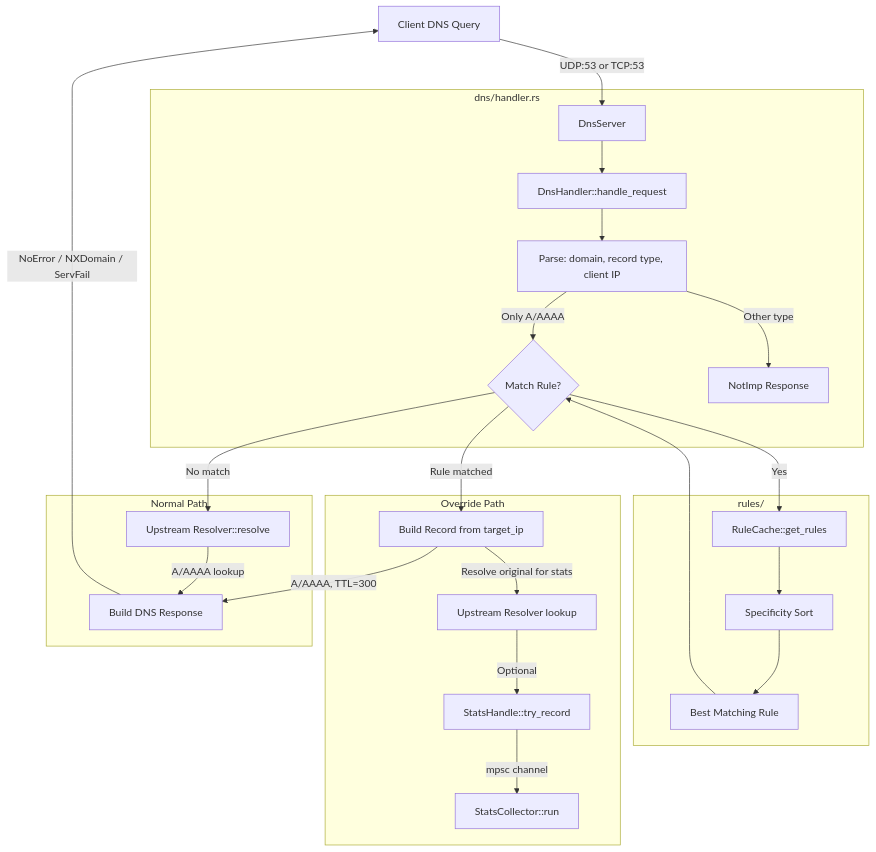
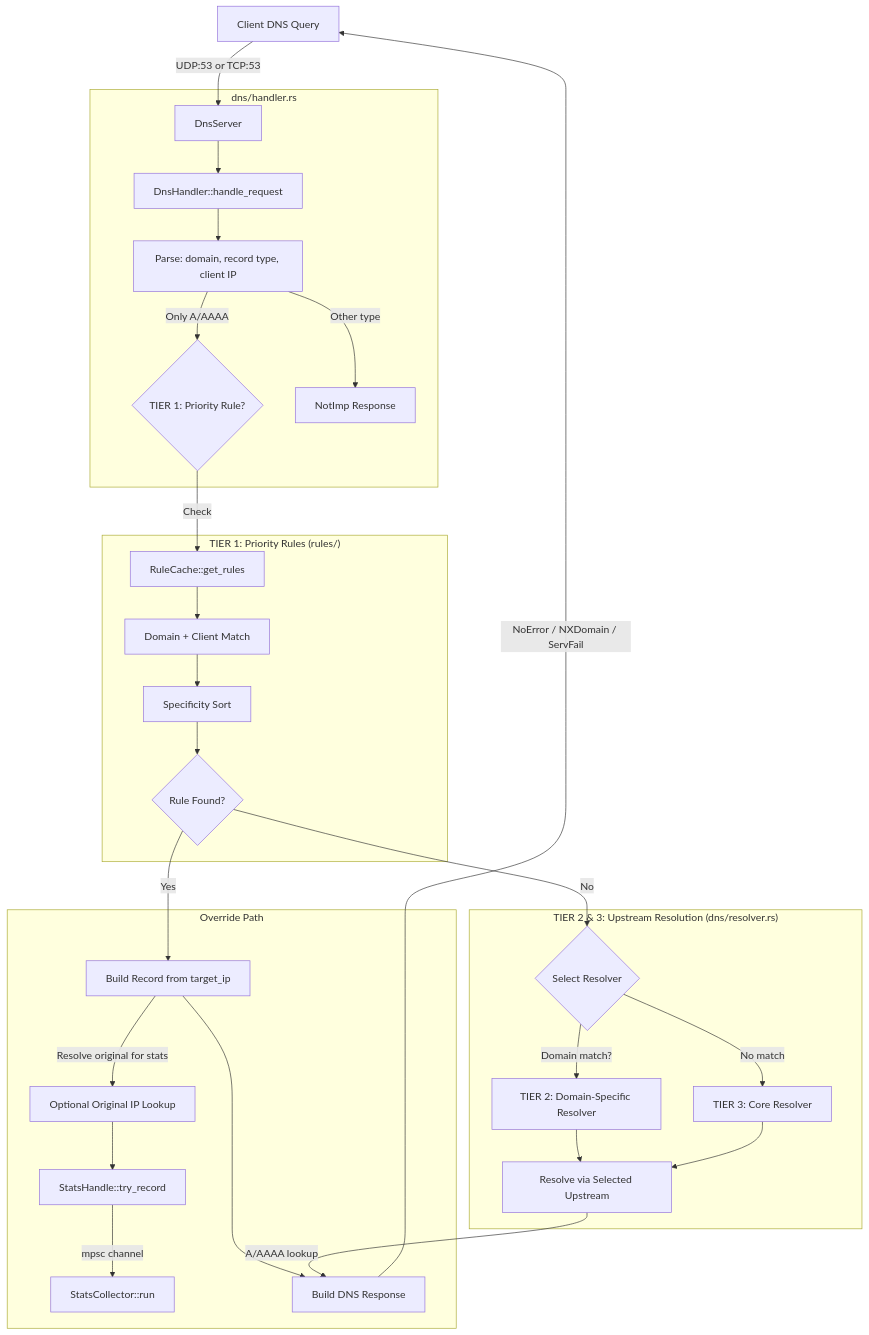
The first of 3 diagrams in backend/README.md (mcaimi/goblin-dns), drawn with Mermaid before and after one commit. The commit also changed other lines of this file and 6 other files, not shown here.

Commit message:
Implement 3-tier resolution flow

````diff
--- a/backend/README.md
+++ b/backend/README.md
@@ -326,33 +381,37 @@
 ```mermaid
 graph TB
     C[Client DNS Query] -->|"UDP:53 or TCP:53"| S[DnsServer]
 
     subgraph "dns/handler.rs"
         S --> H[DnsHandler::handle_request]
         H --> Parse[Parse: domain, record type, client IP]
-        Parse -->|"Only A/AAAA"| MatchRule{Match Rule?}
+        Parse -->|"Only A/AAAA"| Tier1{TIER 1: Priority Rule?}
         Parse -->|"Other type"| NotImp[NotImp Response]
     end
 
-    subgraph "rules/"
-        MatchRule -->|"Yes"| Fetch[RuleCache::get_rules]
-        Fetch --> Sort[Specificity Sort]
-        Sort --> Best[Best Matching Rule]
-        Best --> MatchRule
+    subgraph "TIER 1: Priority Rules (rules/)"
+        Tier1 -->|"Check"| Fetch[RuleCache::get_rules]
+        Fetch --> Match[Domain + Client Match]
+        Match --> Sort[Specificity Sort]
+        Sort --> Best{Rule Found?}
     end
 
     subgraph "Override Path"
-        MatchRule -->|"Rule matched"| Build[Build Record from target_ip]
-        Build -->|"Resolve original for stats"| UR[Upstream Resolver lookup]
-        UR -->|"Optional"| Stats[StatsHandle::try_record]
+        Best -->|"Yes"| Build[Build Record from target_ip]
+        Build -->|"Resolve original for stats"| OrigLookup[Optional Original IP Lookup]
+        OrigLookup --> Stats[StatsHandle::try_record]
         Stats -->|"mpsc channel"| SC[StatsCollector::run]
+        Build --> Response[Build DNS Response]
     end
 
-    subgraph "Normal Path"
-        MatchRule -->|"No match"| Default[Upstream Resolver::resolve]
-        Default -->|"A/AAAA lookup"| Resp[Build A/AAAA Record]
+    subgraph "TIER 2 & 3: Upstream Resolution (dns/resolver.rs)"
+        Best -->|"No"| SelectResolver{Select Resolver}
+        SelectResolver -->|"Domain match?"| Tier2[TIER 2: Domain-Specific Resolver]
+        SelectResolver -->|"No match"| Tier3[TIER 3: Core Resolver]
+        Tier2 --> ResolveUpstream[Resolve via Selected Upstream]
+        Tier3 --> ResolveUpstream
+        ResolveUpstream -->|"A/AAAA lookup"| Response
     end
 
-    Build -->|"A/AAAA, TTL=300"| Resp[Build DNS Response]
-    Resp -->|"NoError / NXDomain / ServFail"| C
+    Response -->|"NoError / NXDomain / ServFail"| C
 ```
````
